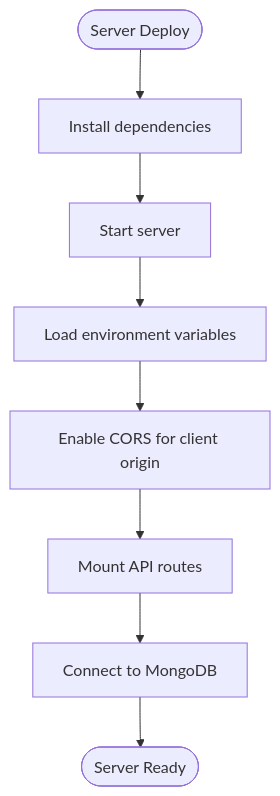
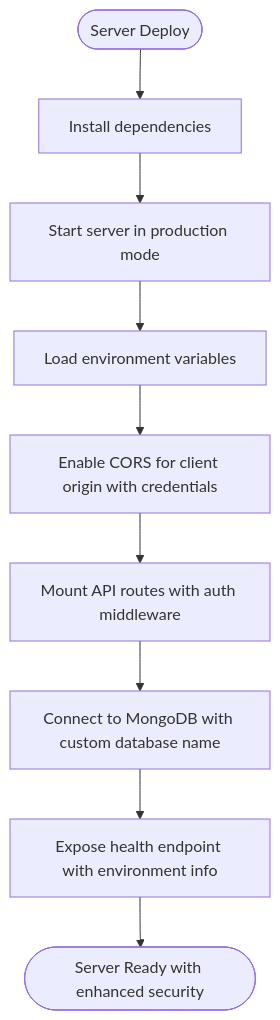
One commit to aayeshasiddiqah2611-pixel/flavora_ai_server changed the fourth of 9 diagrams in .qoder/repowiki/en/content/Deployment and Distribution/Deployment Configuration.md. Above: the diagram before and after it, drawn with Mermaid. The commit also changed other lines of this file and 7 other files, not shown here.

````diff
--- a/.qoder/repowiki/en/content/Deployment and Distribution/Deployment Configuration.md
+++ b/.qoder/repowiki/en/content/Deployment and Distribution/Deployment Configuration.md
@@ -201,10 +203,11 @@
 ```mermaid
 flowchart TD
 Start(["Server Deploy"]) --> Install["Install dependencies"]
-Install --> StartCmd["Start server"]
+Install --> StartCmd["Start server in production mode"]
 StartCmd --> Env["Load environment variables"]
-Env --> CORS["Enable CORS for client origin"]
-CORS --> Routes["Mount API routes"]
-Routes --> DB["Connect to MongoDB"]
-DB --> Ready(["Server Ready"])
+Env --> CORS["Enable CORS for client origin with credentials"]
+CORS --> Routes["Mount API routes with auth middleware"]
+Routes --> DB["Connect to MongoDB with custom database name"]
+DB --> Health["Expose health endpoint with environment info"]
+Health --> Ready(["Server Ready with enhanced security"])
 ```
````
